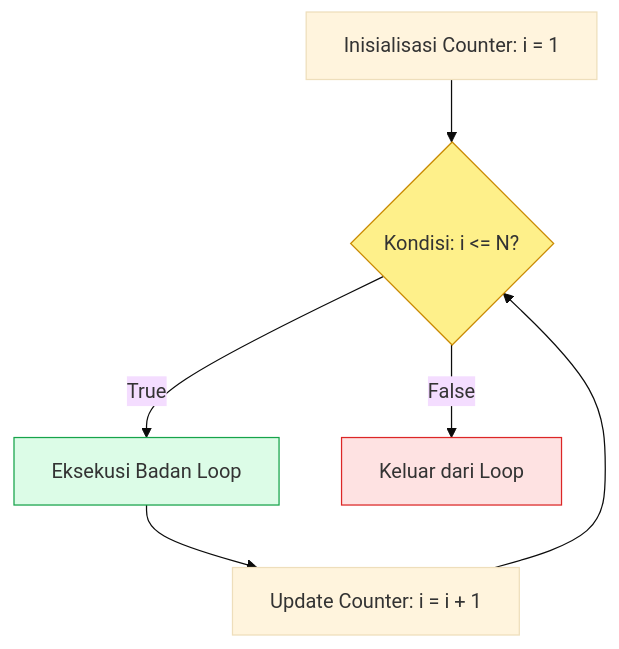
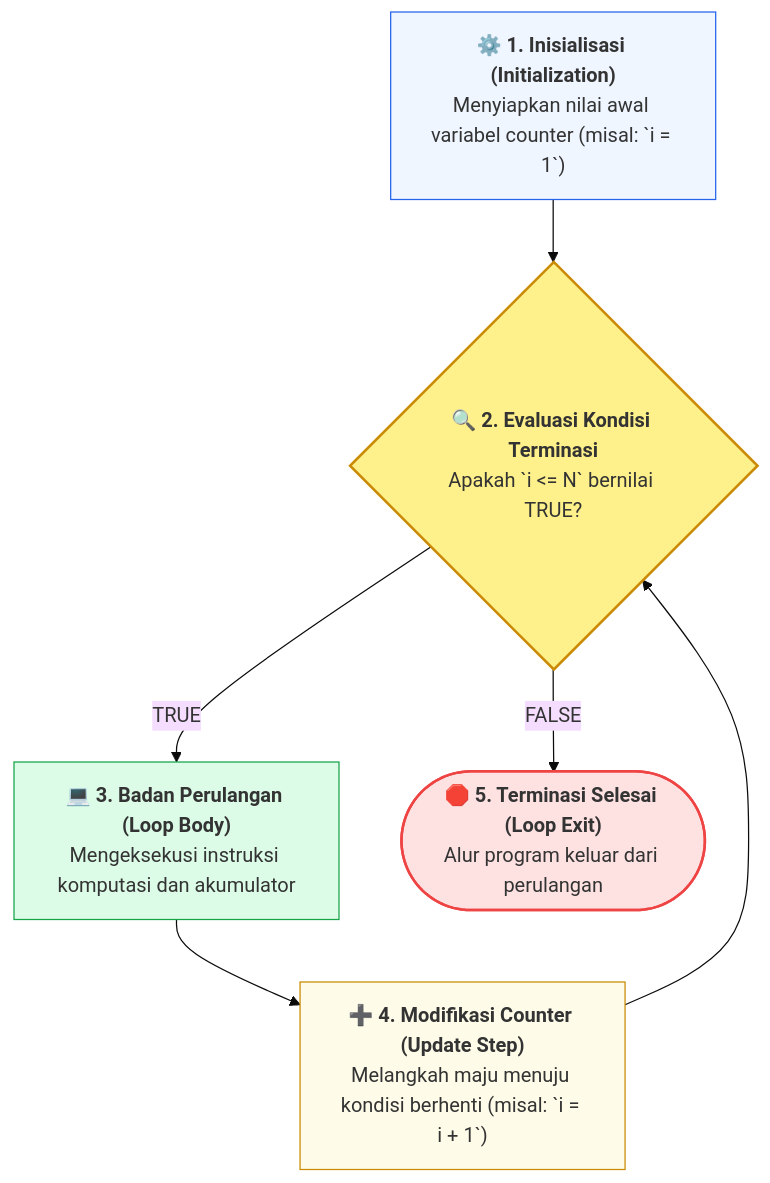
Before and after one commit to mahendaruui/Perkuliahan: the first of 2 diagrams in docs/algoritma-pemrograman/perulangan.md, drawn with Mermaid (base theme). The commit also changed other lines of this file and 12 other files, not shown here.

````diff
--- a/docs/algoritma-pemrograman/perulangan.md
+++ b/docs/algoritma-pemrograman/perulangan.md
@@ -15,11 +18,17 @@
 ```mermaid
-graph TD
-    A[Inisialisasi Counter: i = 1] --> B{Kondisi: i <= N?}
-    B -- True --> C[Eksekusi Badan Loop]
-    C --> D[Update Counter: i = i + 1]
-    D --> B
-    B -- False --> E[Keluar dari Loop]
-    style B fill:#fef08a,stroke:#ca8a04
-    style C fill:#dcfce7,stroke:#16a34a
-    style E fill:#fee2e2,stroke:#dc2626
+flowchart TD
+    Init["⚙️ <b>1. Inisialisasi (Initialization)</b><br>Menyiapkan nilai awal variabel counter (misal: `i = 1`)"]
+    --> Cond{"🔍 <b>2. Evaluasi Kondisi Terminasi</b><br>Apakah `i <= N` bernilai TRUE?"}
+    
+    Cond -- TRUE --> Body["💻 <b>3. Badan Perulangan (Loop Body)</b><br>Mengeksekusi instruksi komputasi dan akumulator"]
+    --> Update["➕ <b>4. Modifikasi Counter (Update Step)</b><br>Melangkah maju menuju kondisi berhenti (misal: `i = i + 1`)"]
+    --> Cond
+    
+    Cond -- FALSE --> Exit(["🛑 <b>5. Terminasi Selesai (Loop Exit)</b><br>Alur program keluar dari perulangan"])
+
+    style Init fill:#eff6ff,stroke:#2563eb,stroke-width:1px
+    style Cond fill:#fef08a,stroke:#ca8a04,stroke-width:2px
+    style Body fill:#dcfce7,stroke:#16a34a,stroke-width:1px
+    style Update fill:#fefce8,stroke:#ca8a04,stroke-width:1px
+    style Exit fill:#fee2e2,stroke:#ef4444,stroke-width:2px
 ```
````
